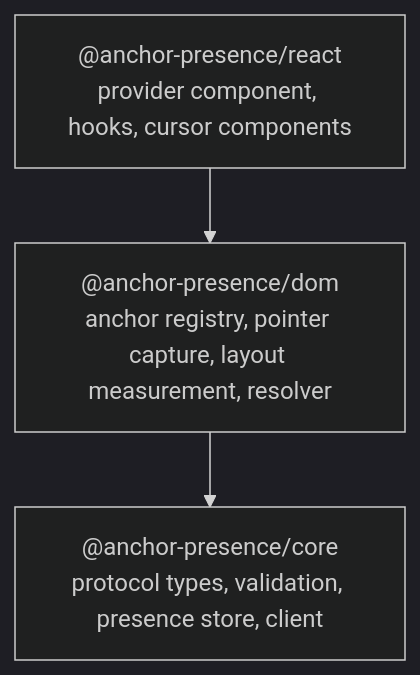
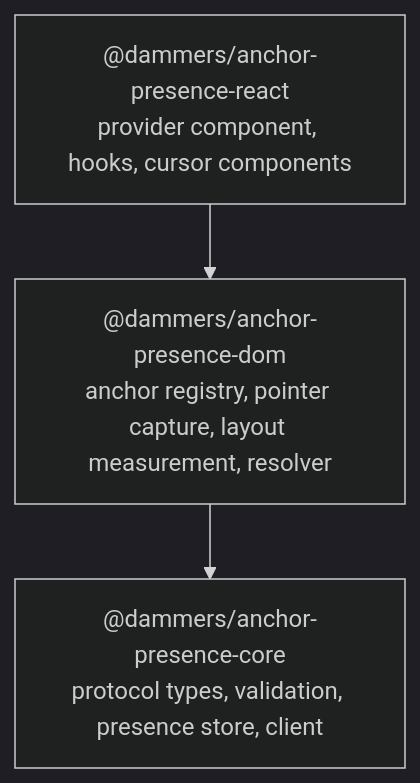
The first of 2 diagrams in apps/docs/content/docs/get-started/concepts/how-it-works.mdx (DammersCode/anchor-presence), drawn with Mermaid (dark theme) before and after one commit. The commit also changed other lines of this file and 236 other files, not shown here.

First line of the commit message:
rename the packages to @dammers/anchor-presence-core, -dom and -react (#35)

````diff
--- a/apps/docs/content/docs/get-started/concepts/how-it-works.mdx
+++ b/apps/docs/content/docs/get-started/concepts/how-it-works.mdx
@@ -19,10 +19,10 @@
 ```mermaid
 flowchart TB
     accTitle: Package layers
-    accDescr: @anchor-presence/react depends on @anchor-presence/dom, which depends on @anchor-presence/core.
-    react["@anchor-presence/react<br/>provider component, hooks, cursor components"]
-    dom["@anchor-presence/dom<br/>anchor registry, pointer capture, layout measurement, resolver"]
-    core["@anchor-presence/core<br/>protocol types, validation, presence store, client"]
+    accDescr: @dammers/anchor-presence-react depends on @dammers/anchor-presence-dom, which depends on @dammers/anchor-presence-core.
+    react["@dammers/anchor-presence-react<br/>provider component, hooks, cursor components"]
+    dom["@dammers/anchor-presence-dom<br/>anchor registry, pointer capture, layout measurement, resolver"]
+    core["@dammers/anchor-presence-core<br/>protocol types, validation, presence store, client"]
 
     react --> dom --> core
 ```
````
